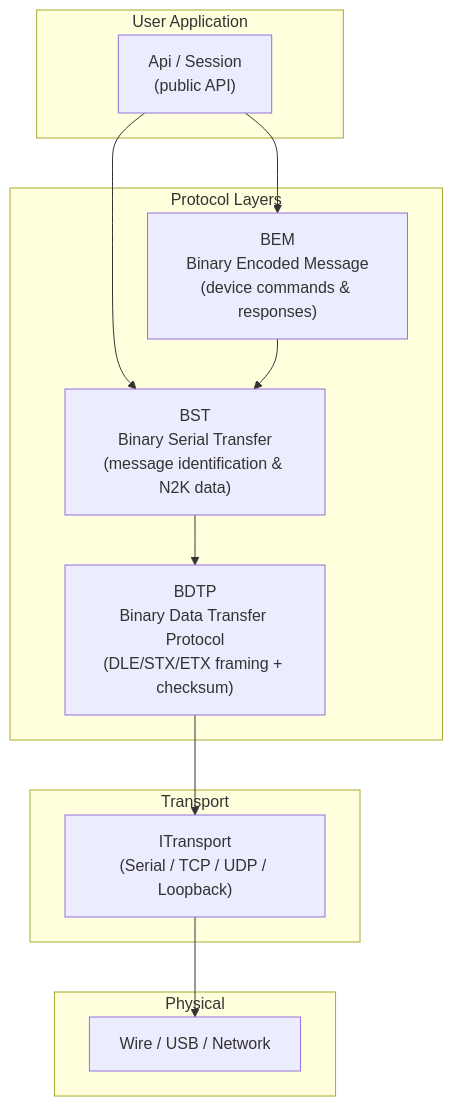
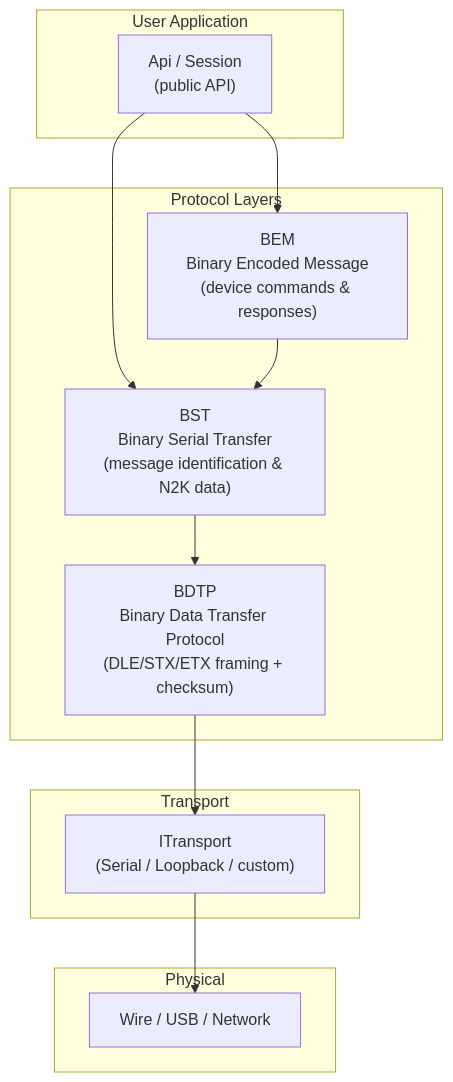
The first of 10 diagrams in code/cpp/docs/message-flow.md (Actisense/SDK), drawn with Mermaid before and after one commit. The commit also changed other lines of this file and 14 other files, not shown here.

````diff
--- a/code/cpp/docs/message-flow.md
+++ b/code/cpp/docs/message-flow.md
@@ -11,24 +11,24 @@
 ```mermaid
 graph TB
     subgraph "User Application"
         API["Api / Session<br/>(public API)"]
     end
     subgraph "Protocol Layers"
         BEM["BEM<br/>Binary Encoded Message<br/>(device commands & responses)"]
         BST["BST<br/>Binary Serial Transfer<br/>(message identification & N2K data)"]
         BDTP["BDTP<br/>Binary Data Transfer Protocol<br/>(DLE/STX/ETX framing + checksum)"]
     end
     subgraph "Transport"
-        TRANS["ITransport<br/>(Serial / TCP / UDP / Loopback)"]
+        TRANS["ITransport<br/>(Serial / Loopback / custom)"]
     end
     subgraph "Physical"
         WIRE["Wire / USB / Network"]
     end
 
     API --> BEM
     API --> BST
     BEM --> BST
     BST --> BDTP
     BDTP --> TRANS
     TRANS --> WIRE
 ```
````
